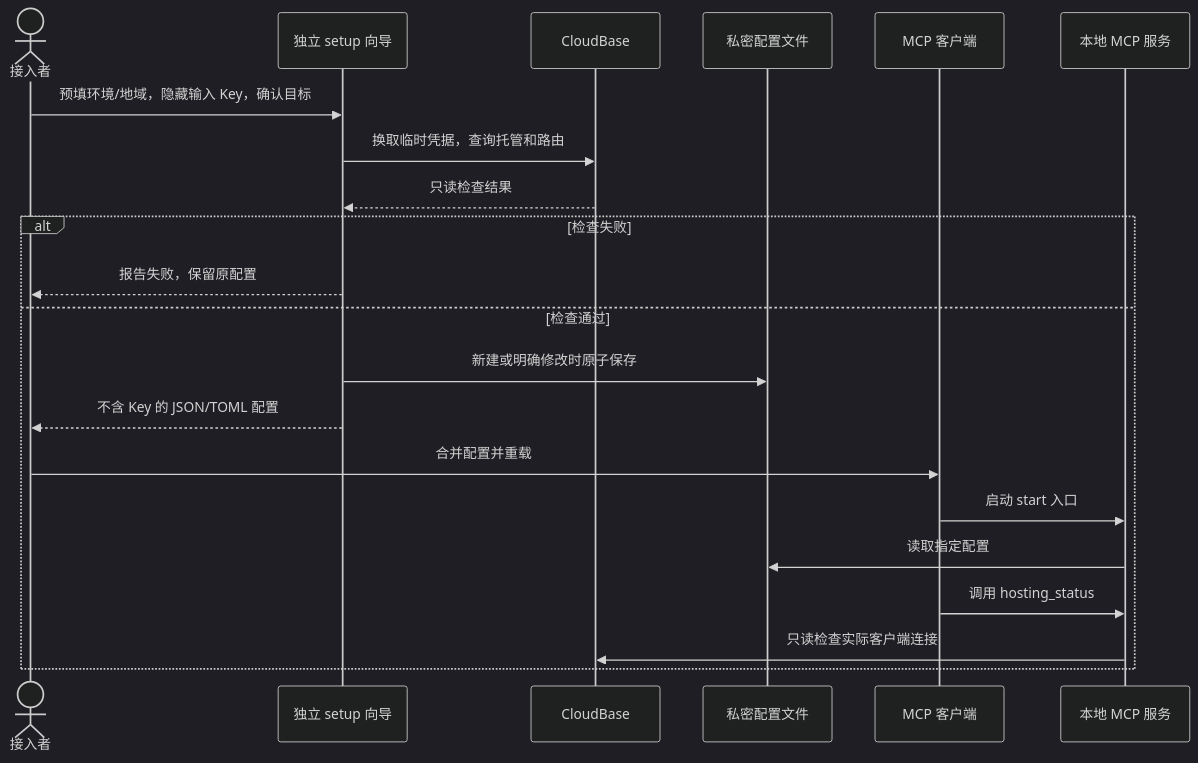
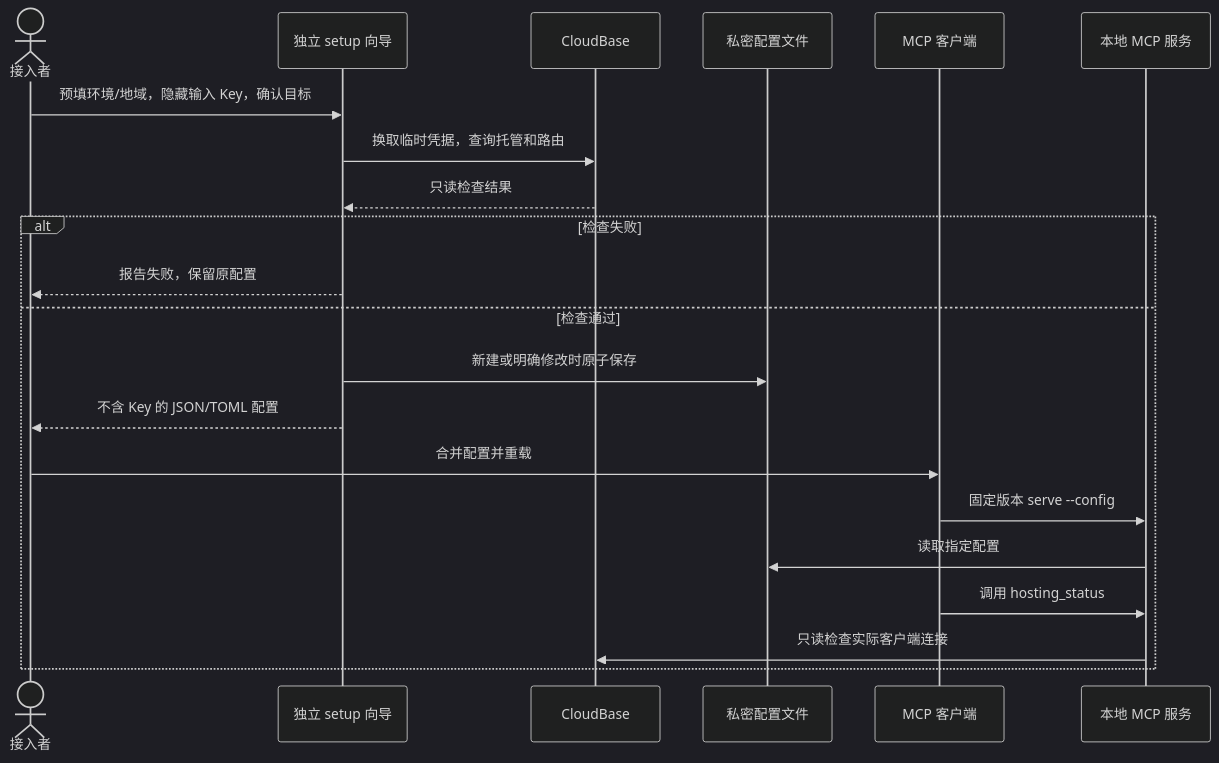
One commit to zyfasos/cloudbase-html-mcp changed the third of 6 diagrams in docs/architecture.md. Above: the diagram before and after it, drawn with Mermaid (dark theme). The commit also changed other lines of this file and 29 other files, not shown here.

````diff
--- a/docs/architecture.md
+++ b/docs/architecture.md
@@ -46,23 +75,23 @@
 ```mermaid
 sequenceDiagram
   actor U as 接入者
   participant W as 独立 setup 向导
   participant C as CloudBase
   participant F as 私密配置文件
   participant M as MCP 客户端
   participant S as 本地 MCP 服务
   U->>W: 预填环境/地域，隐藏输入 Key，确认目标
   W->>C: 换取临时凭据，查询托管和路由
   C-->>W: 只读检查结果
   alt 检查失败
     W-->>U: 报告失败，保留原配置
   else 检查通过
     W->>F: 新建或明确修改时原子保存
     W-->>U: 不含 Key 的 JSON/TOML 配置
     U->>M: 合并配置并重载
-    M->>S: 启动 start 入口
+    M->>S: 固定版本 serve --config
     S->>F: 读取指定配置
     M->>S: 调用 hosting_status
     S->>C: 只读检查实际客户端连接
   end
 ```
````
